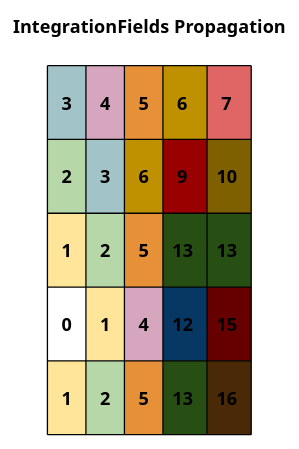
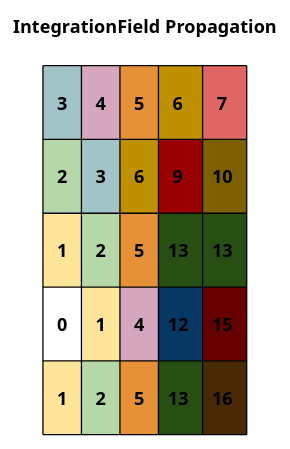
The diagram in docs/int_field_prop_hill.puml (BlondeBurrito/bevy_flowfield_tiles_plugin), drawn with PlantUML before and after one commit. The commit also changed 35 other files, not shown here.

```diff
--- a/docs/int_field_prop_hill.puml
+++ b/docs/int_field_prop_hill.puml
@@ -1,12 +1,12 @@
 @startuml int_field_prop_hill
 
 title
-IntegrationFields Propagation
+IntegrationField Propagation
 
 |<#a2c4c9>\n   3   \n|<#d5a6bd>\n   4   \n|<#e69138>\n   5   \n|<#bf9000>\n   6   \n|<#e06666>\n   7   \n|
 |<#b6d7a8>\n   2   \n|<#a2c4c9>\n   3   \n|<#bf9000>\n   6   \n|<#990000>\n   9   \n|<#7f6000>\n  10   \n|
 |<#ffe599>\n   1   \n|<#b6d7a8>\n   2   \n|<#e69138>\n   5   \n|<#274e13>\n  13   \n|<#274e13>\n  13   \n|
 |\n   0   \n|<#ffe599>\n   1   \n|<#d5a6bd>\n   4   \n|<#073763>\n  12   \n|<#660000>\n  15   \n|
 |<#ffe599>\n   1   \n|<#b6d7a8>\n   2   \n|<#e69138>\n   5   \n|<#274e13>\n  13   \n|<#4a2907>\n  16   \n|
 end title
 @enduml
```
